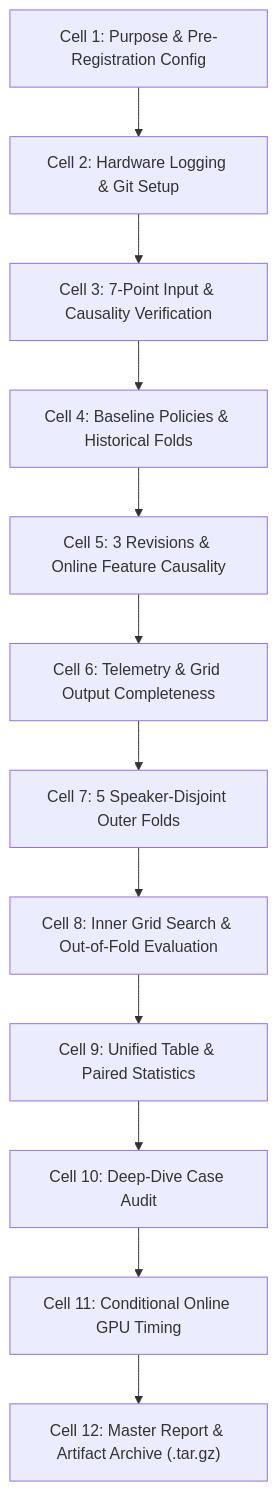
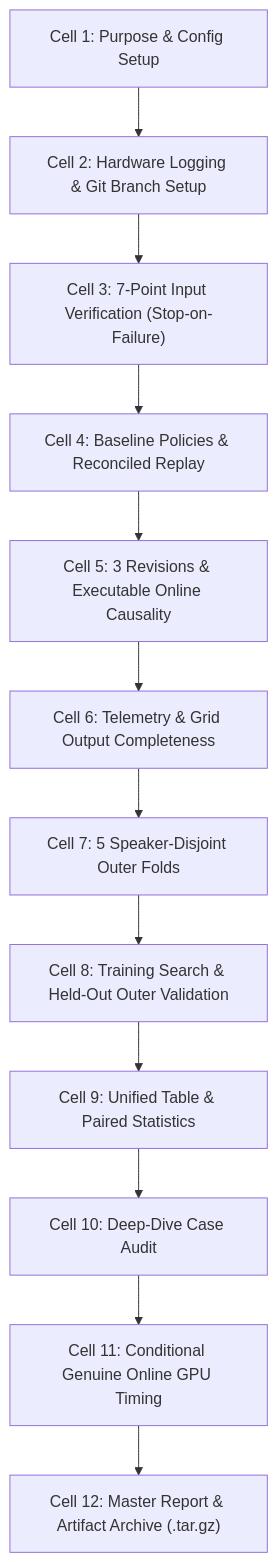
The diagram in COLAB_THREE_SCHEDULER_REVISIONS_AUDIT.md (Shonget-Thesis/Shonget-DMOSpeech2), drawn with Mermaid before and after one commit. The commit also changed other lines of this file and 19 other files, not shown here.

````diff
--- a/COLAB_THREE_SCHEDULER_REVISIONS_AUDIT.md
+++ b/COLAB_THREE_SCHEDULER_REVISIONS_AUDIT.md
@@ -77,14 +78,14 @@
 ```mermaid
 flowchart TD
-    C1["Cell 1: Purpose & Pre-Registration Config"] --> C2["Cell 2: Hardware Logging & Git Setup"]
-    C2 --> C3["Cell 3: 7-Point Input & Causality Verification"]
-    C3 --> C4["Cell 4: Baseline Policies & Historical Folds"]
-    C4 --> C5["Cell 5: 3 Revisions & Online Feature Causality"]
+    C1["Cell 1: Purpose & Config Setup"] --> C2["Cell 2: Hardware Logging & Git Branch Setup"]
+    C2 --> C3["Cell 3: 7-Point Input Verification (Stop-on-Failure)"]
+    C3 --> C4["Cell 4: Baseline Policies & Reconciled Replay"]
+    C4 --> C5["Cell 5: 3 Revisions & Executable Online Causality"]
     C5 --> C6["Cell 6: Telemetry & Grid Output Completeness"]
     C6 --> C7["Cell 7: 5 Speaker-Disjoint Outer Folds"]
-    C7 --> C8["Cell 8: Inner Grid Search & Out-of-Fold Evaluation"]
+    C7 --> C8["Cell 8: Training Search & Held-Out Outer Validation"]
     C8 --> C9["Cell 9: Unified Table & Paired Statistics"]
     C9 --> C10["Cell 10: Deep-Dive Case Audit"]
-    C10 --> C11["Cell 11: Conditional Online GPU Timing"]
+    C10 --> C11["Cell 11: Conditional Genuine Online GPU Timing"]
     C11 --> C12["Cell 12: Master Report & Artifact Archive (.tar.gz)"]
 ```
````
